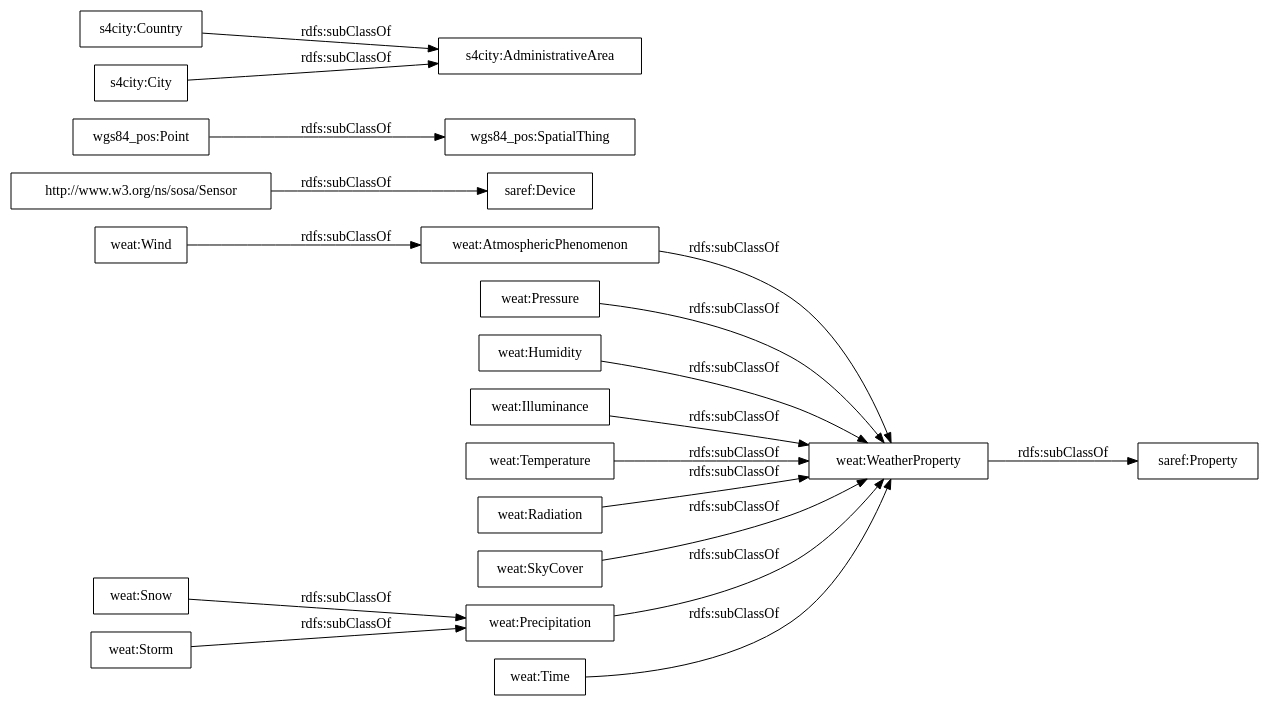
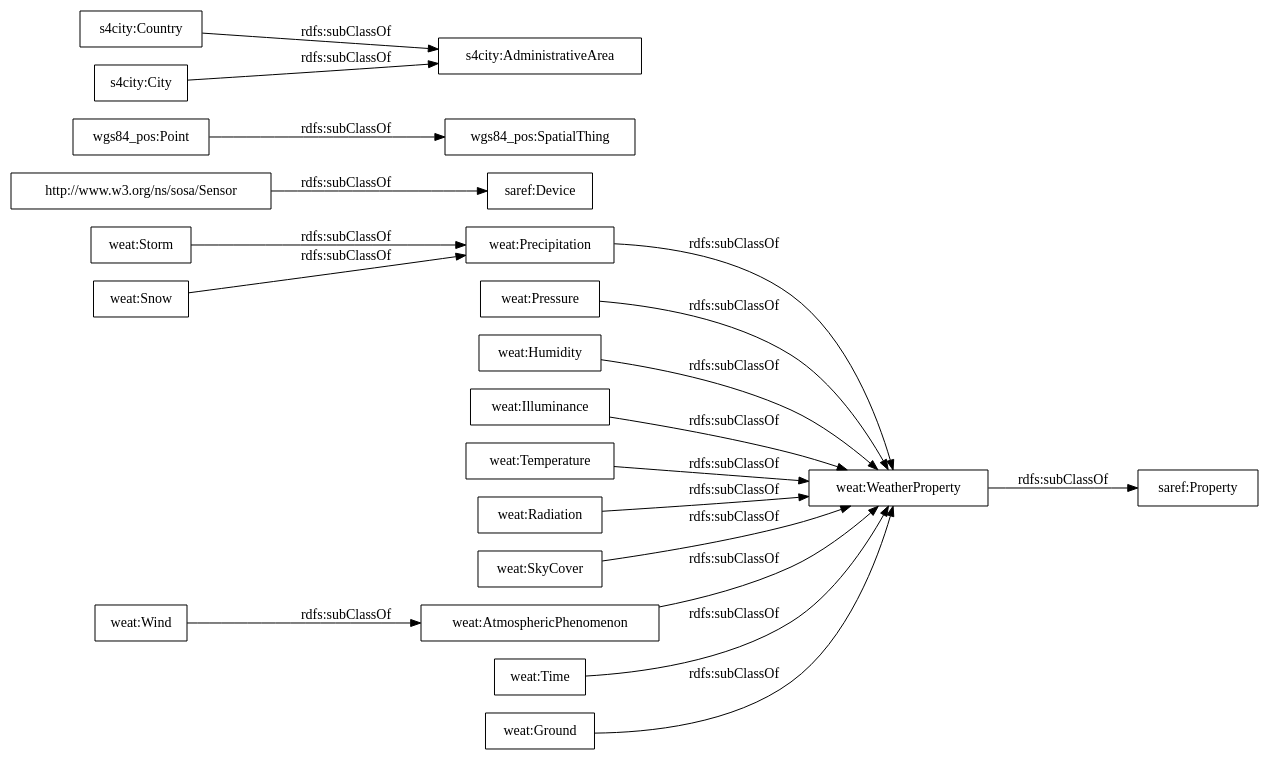
The diagram in OnToology/Ontology/ontology.owl/diagrams/ar2dtool-taxonomy/ontology.owl.png.dot (oeg-upm/bimerr-weather), drawn with Graphviz before and after one commit. The commit also changed 13 other files, not shown here.

```diff
--- a/OnToology/Ontology/ontology.owl/diagrams/ar2dtool-taxonomy/ontology.owl.png.dot
+++ b/OnToology/Ontology/ontology.owl/diagrams/ar2dtool-taxonomy/ontology.owl.png.dot
@@ -1,23 +1,24 @@
 digraph ar2dtool_diagram { 
 rankdir=LR;
 size="1000"
-node [shape = rectangle, color="black"]; "weat:Snow" "weat:Pressure" "weat:Humidity" "saref:Device" "weat:Illuminance" "weat:Temperature" "weat:WeatherProperty" "weat:Radiation" "weat:SkyCover" "wgs84_pos:SpatialThing" "weat:AtmosphericPhenomenon" "s4city:Country" "s4city:AdministrativeArea" "weat:Storm" "weat:Time" "http://www.w3.org/ns/sosa/Sensor" "saref:Property" "s4city:City" "wgs84_pos:Point" "weat:Wind" "weat:Precipitation" ; /*classes style*/
+node [shape = rectangle, color="black"]; "weat:Snow" "weat:Pressure" "weat:Humidity" "saref:Device" "weat:Illuminance" "weat:Temperature" "weat:WeatherProperty" "weat:Radiation" "weat:SkyCover" "wgs84_pos:SpatialThing" "weat:AtmosphericPhenomenon" "s4city:Country" "s4city:AdministrativeArea" "weat:Storm" "weat:Time" "weat:Ground" "http://www.w3.org/ns/sosa/Sensor" "saref:Property" "s4city:City" "wgs84_pos:Point" "weat:Wind" "weat:Precipitation" ; /*classes style*/
 	"weat:WeatherProperty" -> "saref:Property" [ label = "rdfs:subClassOf" ];
 	"weat:Illuminance" -> "weat:WeatherProperty" [ label = "rdfs:subClassOf" ];
 	"weat:SkyCover" -> "weat:WeatherProperty" [ label = "rdfs:subClassOf" ];
 	"weat:Time" -> "weat:WeatherProperty" [ label = "rdfs:subClassOf" ];
 	"weat:Radiation" -> "weat:WeatherProperty" [ label = "rdfs:subClassOf" ];
 	"weat:Wind" -> "weat:AtmosphericPhenomenon" [ label = "rdfs:subClassOf" ];
 	"weat:Pressure" -> "weat:WeatherProperty" [ label = "rdfs:subClassOf" ];
 	"wgs84_pos:Point" -> "wgs84_pos:SpatialThing" [ label = "rdfs:subClassOf" ];
 	"s4city:City" -> "s4city:AdministrativeArea" [ label = "rdfs:subClassOf" ];
 	"weat:Temperature" -> "weat:WeatherProperty" [ label = "rdfs:subClassOf" ];
 	"weat:Snow" -> "weat:Precipitation" [ label = "rdfs:subClassOf" ];
 	"weat:Precipitation" -> "weat:WeatherProperty" [ label = "rdfs:subClassOf" ];
+	"weat:Ground" -> "weat:WeatherProperty" [ label = "rdfs:subClassOf" ];
 	"http://www.w3.org/ns/sosa/Sensor" -> "saref:Device" [ label = "rdfs:subClassOf" ];
 	"weat:AtmosphericPhenomenon" -> "weat:WeatherProperty" [ label = "rdfs:subClassOf" ];
 	"weat:Storm" -> "weat:Precipitation" [ label = "rdfs:subClassOf" ];
 	"weat:Humidity" -> "weat:WeatherProperty" [ label = "rdfs:subClassOf" ];
 	"s4city:Country" -> "s4city:AdministrativeArea" [ label = "rdfs:subClassOf" ];
 
 }
```
